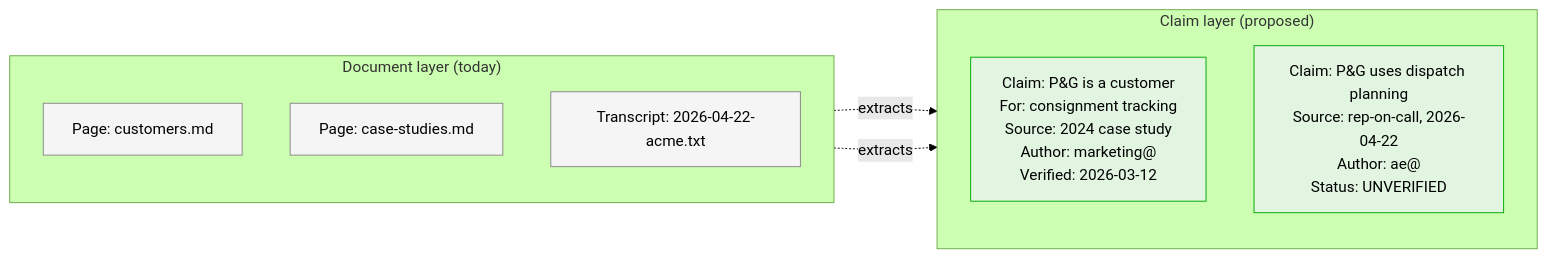
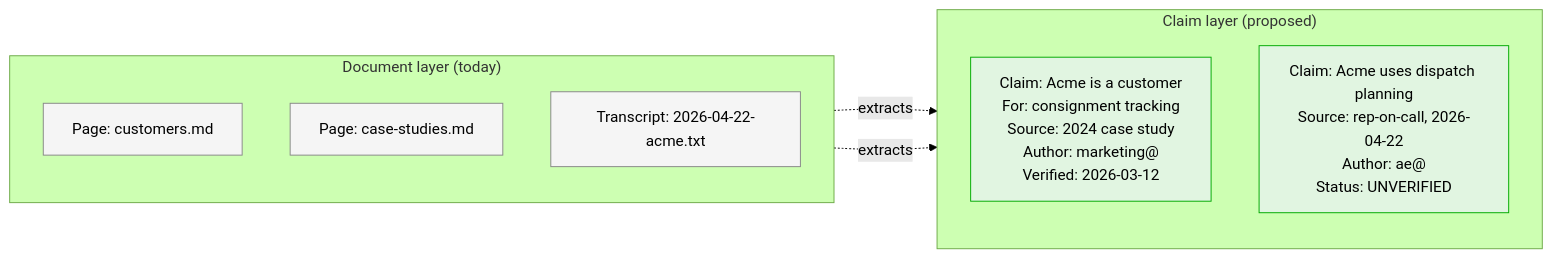
The fourth of 10 diagrams in src/data/blog/belief-based-systems.md (lazycoder1/personal-blog), drawn with Mermaid (forest theme) before and after one commit. The commit also changed other lines of this file, not shown here.

````diff
--- a/src/data/blog/belief-based-systems.md
+++ b/src/data/blog/belief-based-systems.md
@@ -165,21 +165,21 @@
 ```mermaid
 flowchart LR
   classDef old fill:#f5f5f5,stroke:#888,color:#000
   classDef new fill:#e1f5e1,stroke:#0a0,color:#000
 
   subgraph "Document layer (today)"
     direction TB
     D1["Page: customers.md"]:::old
     D2["Page: case-studies.md"]:::old
     D3["Transcript: 2026-04-22-acme.txt"]:::old
   end
 
   subgraph "Claim layer (proposed)"
     direction TB
-    C1["Claim: P&G is a customer<br/>For: consignment tracking<br/>Source: 2024 case study<br/>Author: marketing@<br/>Verified: 2026-03-12"]:::new
-    C2["Claim: P&G uses dispatch planning<br/>Source: rep-on-call, 2026-04-22<br/>Author: ae@<br/>Status: UNVERIFIED"]:::new
+    C1["Claim: Acme is a customer<br/>For: consignment tracking<br/>Source: 2024 case study<br/>Author: marketing@<br/>Verified: 2026-03-12"]:::new
+    C2["Claim: Acme uses dispatch planning<br/>Source: rep-on-call, 2026-04-22<br/>Author: ae@<br/>Status: UNVERIFIED"]:::new
   end
 
   D3 -.extracts.-> C2
   D1 -.extracts.-> C1
 ```
````
